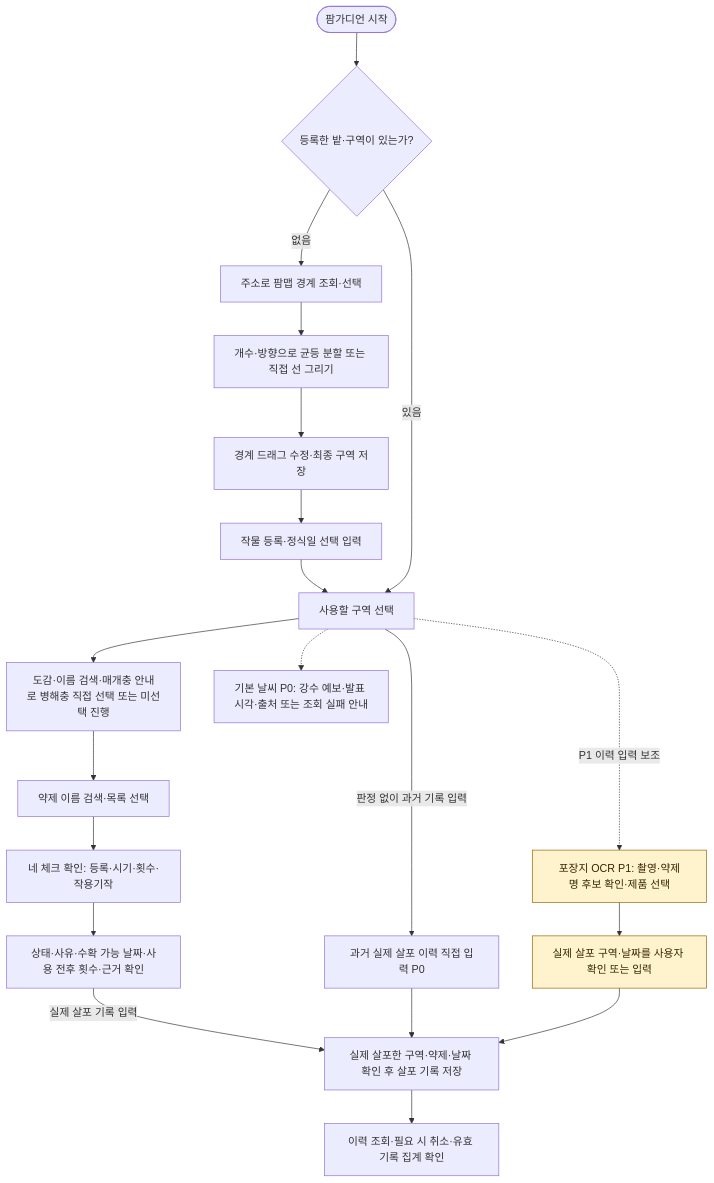
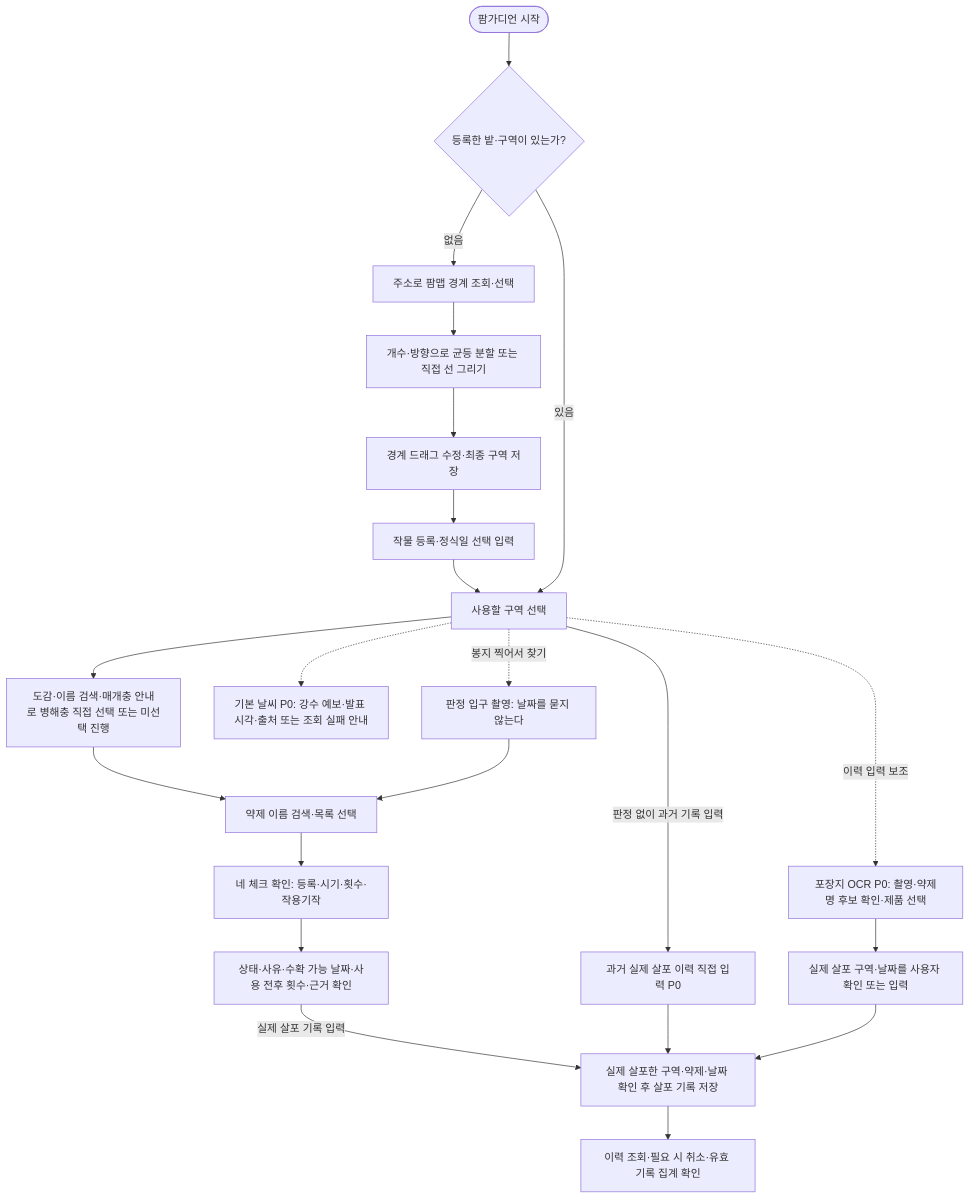
One commit to LEEseungseok-01/farmguardian-FE changed the diagram in docs/diagrams/01_사용자_흐름.mmd. Above: the diagram before and after it, drawn with Mermaid. The commit also changed 12 other files, not shown here.

```diff
--- a/docs/diagrams/01_사용자_흐름.mmd
+++ b/docs/diagrams/01_사용자_흐름.mmd
@@ -1,36 +1,37 @@
 flowchart TD
     START(["팜가디언 시작"])
     FIELD{"등록한 밭·구역이 있는가?"}
     REGISTER["주소로 팜맵 경계 조회·선택"]
     SPLIT["개수·방향으로 균등 분할 또는 직접 선 그리기"]
     BOUNDARY["경계 드래그 수정·최종 구역 저장"]
     CROP["작물 등록·정식일 선택 입력"]
     ZONE["사용할 구역 선택"]
     PEST["도감·이름 검색·매개충 안내로 병해충 직접 선택 또는 미선택 진행"]
     DRUG["약제 이름 검색·목록 선택"]
     CHECK["네 체크 확인: 등록·시기·횟수·작용기작"]
     EVIDENCE["상태·사유·수확 가능 날짜·사용 전후 횟수·근거 확인"]
     WEATHER["기본 날씨 P0: 강수 예보·발표 시각·출처 또는 조회 실패 안내"]
     RECORD["실제 살포한 구역·약제·날짜 확인 후 살포 기록 저장"]
     HISTORY["이력 조회·필요 시 취소·유효 기록 집계 확인"]
     PAST["과거 실제 살포 이력 직접 입력 P0"]
-    OCR["포장지 OCR P1: 촬영·약제명 후보 확인·제품 선택"]
+    OCR["포장지 OCR P0: 촬영·약제명 후보 확인·제품 선택"]
+    OCRJ["판정 입구 촬영: 날짜를 묻지 않는다"]
     OCR_INFO["실제 살포 구역·날짜를 사용자 확인 또는 입력"]
 
     START --> FIELD
     FIELD -->|없음| REGISTER
     REGISTER --> SPLIT --> BOUNDARY --> CROP --> ZONE
     FIELD -->|있음| ZONE
     ZONE --> PEST --> DRUG --> CHECK --> EVIDENCE
+    ZONE -.->|봉지 찍어서 찾기| OCRJ --> DRUG
     ZONE -.-> WEATHER
     EVIDENCE -->|실제 살포 기록 입력| RECORD --> HISTORY
     ZONE -->|판정 없이 과거 기록 입력| PAST --> RECORD
-    ZONE -.->|P1 이력 입력 보조| OCR --> OCR_INFO --> RECORD
+    ZONE -.->|이력 입력 보조| OCR --> OCR_INFO --> RECORD
 
-    classDef later fill:#fff3cd,stroke:#946200,color:#352500;
-    class OCR,OCR_INFO later;
 
     %% 날씨 조회 실패는 판정·기록을 막지 않는다.
     %% 판정 조회·이번 1회 가정은 실제 살포 기록을 만들지 않는다.
-    %% OCR은 판정 입구가 아니며 포장지 날짜를 살포 날짜로 사용하지 않는다.
+    %% OCR은 약제 선택을 돕는 입력 경로다. 이름 검색·목록 선택을 대체하지 않는다.
+    %% 읽은 결과를 그대로 판정에 넣지 않으며 포장지 날짜를 살포 날짜로 사용하지 않는다.
     %% 저장·취소의 중복·실패·결과 불명확 처리는 요구사항 4.6절을 따른다.
```
